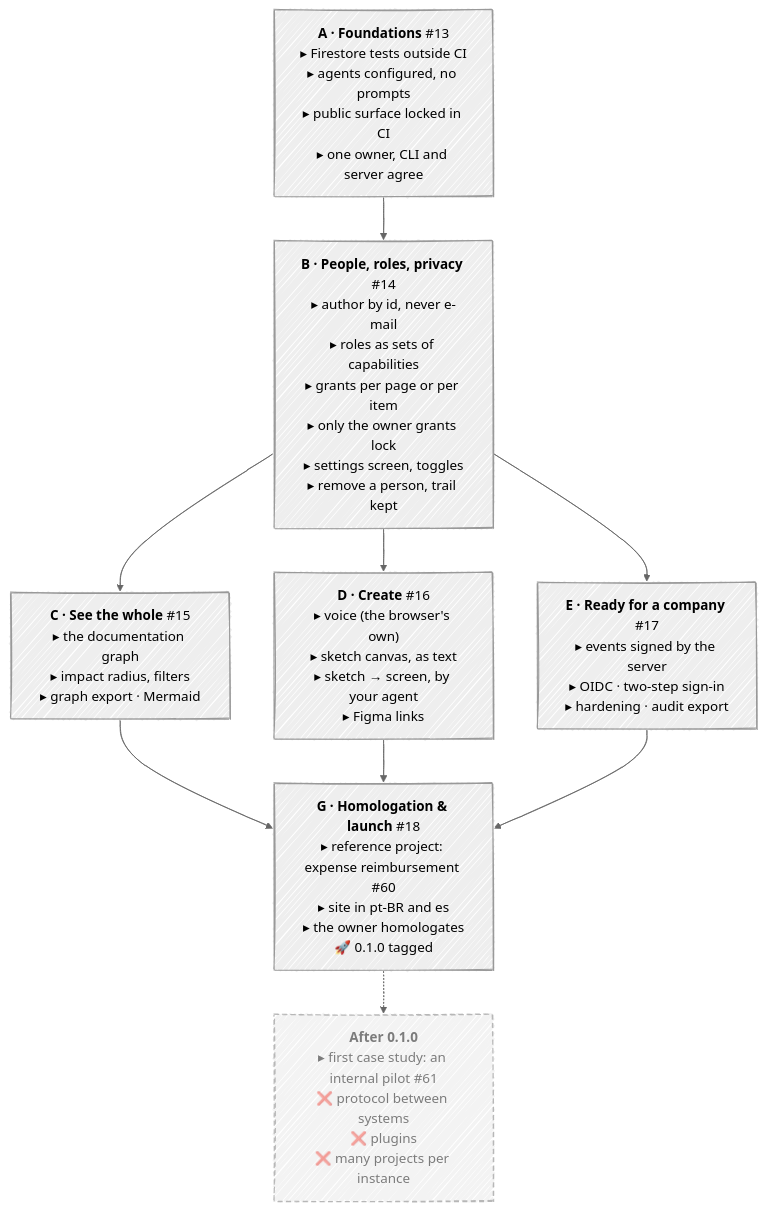
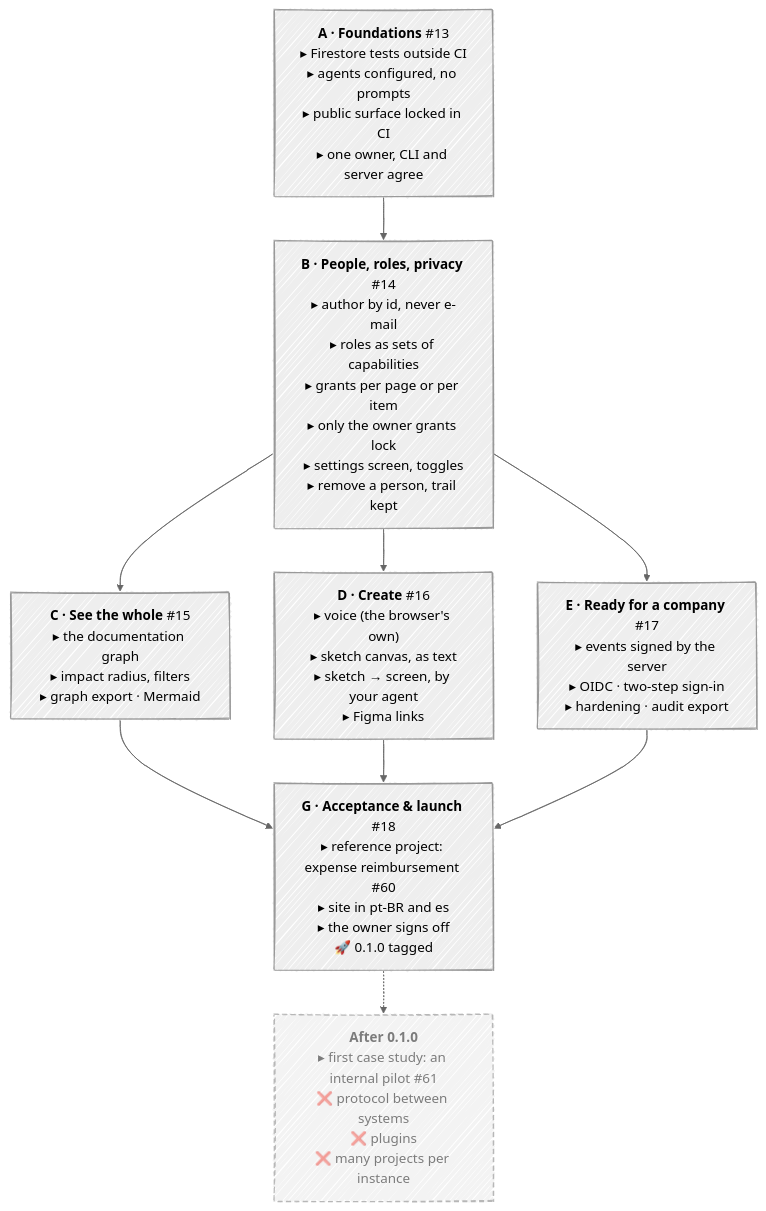
Before and after one commit to Holdrim/holdrim-core: the diagram in ROADMAP.md, drawn with Mermaid. The commit also changed other lines of this file and 3 other files, not shown here.

````diff
--- a/ROADMAP.md
+++ b/ROADMAP.md
@@ -16,27 +16,27 @@
 ```mermaid
 ---
 config:
   look: handDrawn
   theme: neutral
 ---
 flowchart TB
   A["<b>A · Foundations</b> #13<br/>▸ Firestore tests outside CI<br/>▸ agents configured, no prompts<br/>▸ public surface locked in CI<br/>▸ one owner, CLI and server agree"]
   B["<b>B · People, roles, privacy</b> #14<br/>▸ author by id, never e-mail<br/>▸ roles as sets of capabilities<br/>▸ grants per page or per item<br/>▸ only the owner grants lock<br/>▸ settings screen, toggles<br/>▸ remove a person, trail kept"]
   C["<b>C · See the whole</b> #15<br/>▸ the documentation graph<br/>▸ impact radius, filters<br/>▸ graph export · Mermaid"]
   D["<b>D · Create</b> #16<br/>▸ voice (the browser's own)<br/>▸ sketch canvas, as text<br/>▸ sketch → screen, by your agent<br/>▸ Figma links"]
   E["<b>E · Ready for a company</b> #17<br/>▸ events signed by the server<br/>▸ OIDC · two-step sign-in<br/>▸ hardening · audit export"]
-  G["<b>G · Homologation &amp; launch</b> #18<br/>▸ reference project: expense reimbursement #60<br/>▸ site in pt-BR and es<br/>▸ the owner homologates<br/>🚀 0.1.0 tagged"]
-  F["<b>After 0.1.0</b><br/>▸ first case study: an internal pilot #61<br/>❌ protocol between systems<br/>❌ plugins<br/>❌ many projects per instance"]
+  G["<b>G · Acceptance &amp; launch</b> #18<br/>▸ reference project: expense reimbursement #60<br/>▸ site in pt-BR and es<br/>▸ the owner signs off<br/>🚀 0.1.0 tagged"]
+  Later["<b>After 0.1.0</b><br/>▸ first case study: an internal pilot #61<br/>❌ protocol between systems<br/>❌ plugins<br/>❌ many projects per instance"]
 
   A --> B
   B --> C
   B --> D
   B --> E
   C --> G
   D --> G
   E --> G
-  G -.-> F
+  G -.-> Later
 
   classDef later stroke-dasharray: 6 4,opacity:0.7
-  class F later
+  class Later later
 ```
````
